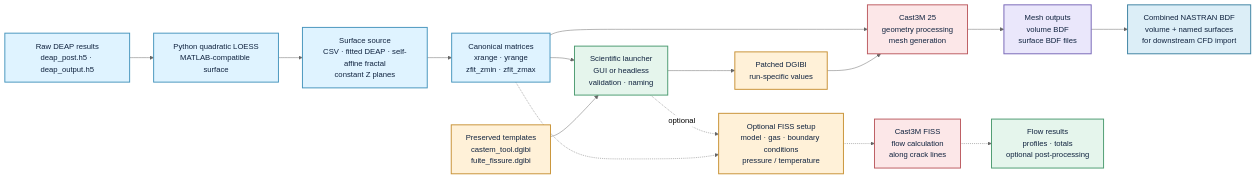
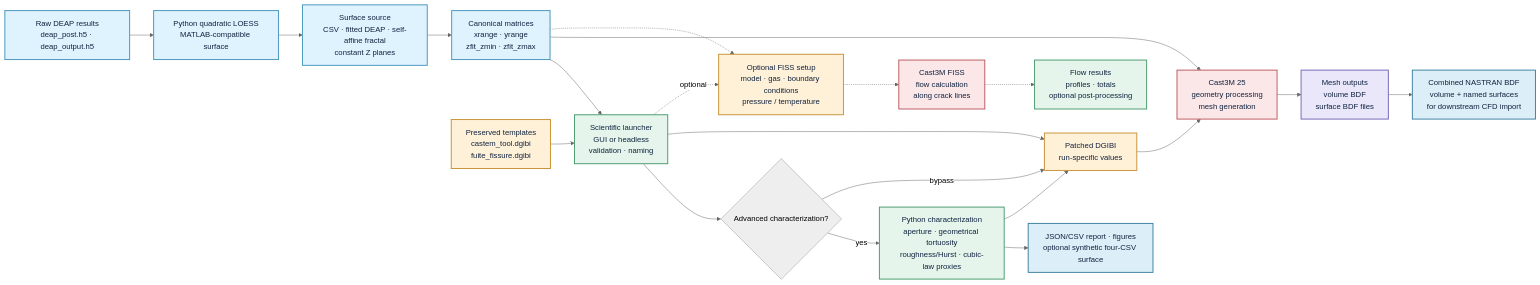
Before and after one commit to onajjar/dem-crack-surface-mesher: the diagram in docs/workflow.mmd, drawn with Mermaid (neutral theme). The commit also changed 49 other files, not shown here.

```diff
--- a/docs/workflow.mmd
+++ b/docs/workflow.mmd
@@ -1,30 +1,35 @@
 flowchart LR
     DEAP["Raw DEAP results<br/>deap_post.h5 · deap_output.h5"] --> FIT["Python quadratic LOESS<br/>MATLAB-compatible surface"]
     FIT --> SOURCE
+    GUI --> DECISION{"Advanced characterization?"}
+    DECISION -->|yes| CHARACTER["Python characterization<br/>aperture · geometrical tortuosity<br/>roughness/Hurst · cubic-law proxies"]
+    CHARACTER --> REPORT["JSON/CSV report · figures<br/>optional synthetic four-CSV surface"]
+    DECISION -->|bypass| DGIBI
+    CHARACTER --> DGIBI
     SOURCE["Surface source<br/>CSV · fitted DEAP · self-affine fractal<br/>constant Z planes"] --> CONTRACT["Canonical matrices<br/>xrange · yrange<br/>zfit_zmin · zfit_zmax"]
     CONTRACT --> GUI["Scientific launcher<br/>GUI or headless<br/>validation · naming"]
     TEMPLATE["Preserved templates<br/>castem_tool.dgibi<br/>fuite_fissure.dgibi"] --> GUI
     GUI --> DGIBI["Patched DGIBI<br/>run-specific values"]
     CONTRACT --> CASTEM["Cast3M 25<br/>geometry processing<br/>mesh generation"]
     DGIBI --> CASTEM
     CASTEM --> MESH["Mesh outputs<br/>volume BDF<br/>surface BDF files"]
     MESH --> CFD["Combined NASTRAN BDF<br/>volume + named surfaces<br/>for downstream CFD import"]
 
     GUI -. optional .-> FSETUP["Optional FISS setup<br/>model · gas · boundary conditions<br/>pressure / temperature"]
     CONTRACT -.-> FSETUP
     FSETUP -.-> FISS["Cast3M FISS<br/>flow calculation<br/>along crack lines"]
     FISS -.-> RESULTS["Flow results<br/>profiles · totals<br/>optional post-processing"]
 
     classDef input fill:#dff3ff,stroke:#4795bd,color:#10233f,stroke-width:2px;
     classDef gui fill:#e5f5ec,stroke:#4c9b70,color:#10233f,stroke-width:2px;
     classDef castem fill:#fce7e8,stroke:#bc5b60,color:#10233f,stroke-width:2px;
     classDef mesh fill:#eae7fb,stroke:#7767b7,color:#10233f,stroke-width:2px;
     classDef output fill:#dceef7,stroke:#3d82a2,color:#10233f,stroke-width:2px;
     classDef support fill:#fff1d8,stroke:#c89236,color:#10233f,stroke-width:2px;
 
     class DEAP,FIT,SOURCE,CONTRACT input;
-    class GUI,RESULTS gui;
+    class GUI,CHARACTER,RESULTS gui;
     class CASTEM,FISS castem;
     class MESH mesh;
-    class CFD output;
+    class CFD,REPORT output;
     class TEMPLATE,DGIBI,FSETUP support;
```
